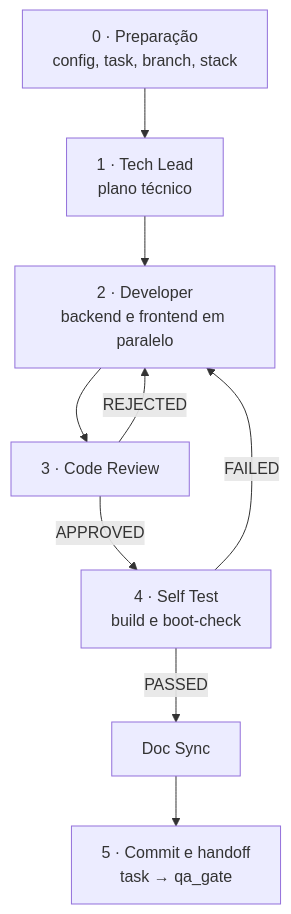
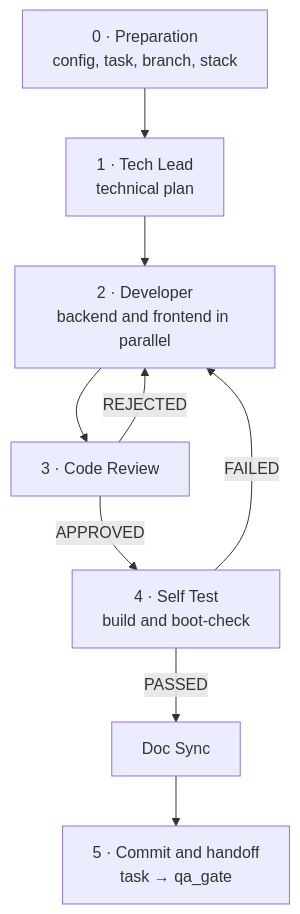
The diagram in docs/factories/dev.md (correaschneider/ai-factory), drawn with Mermaid before and after one commit. The commit also changed other lines of this file and 49 other files, not shown here.

````diff
--- a/docs/factories/dev.md
+++ b/docs/factories/dev.md
@@ -15,11 +15,11 @@
 ```mermaid
 flowchart TD
-    P[0 · Preparação<br/>config, task, branch, stack] --> TL[1 · Tech Lead<br/>plano técnico]
-    TL --> D[2 · Developer<br/>backend e frontend em paralelo]
+    P[0 · Preparation<br/>config, task, branch, stack] --> TL[1 · Tech Lead<br/>technical plan]
+    TL --> D[2 · Developer<br/>backend and frontend in parallel]
     D --> CR[3 · Code Review]
     CR -->|REJECTED| D
-    CR -->|APPROVED| ST[4 · Self Test<br/>build e boot-check]
+    CR -->|APPROVED| ST[4 · Self Test<br/>build and boot-check]
     ST -->|FAILED| D
     ST -->|PASSED| DS[Doc Sync]
-    DS --> F[5 · Commit e handoff<br/>task → qa_gate]
+    DS --> F[5 · Commit and handoff<br/>task → qa_gate]
 ```
````
